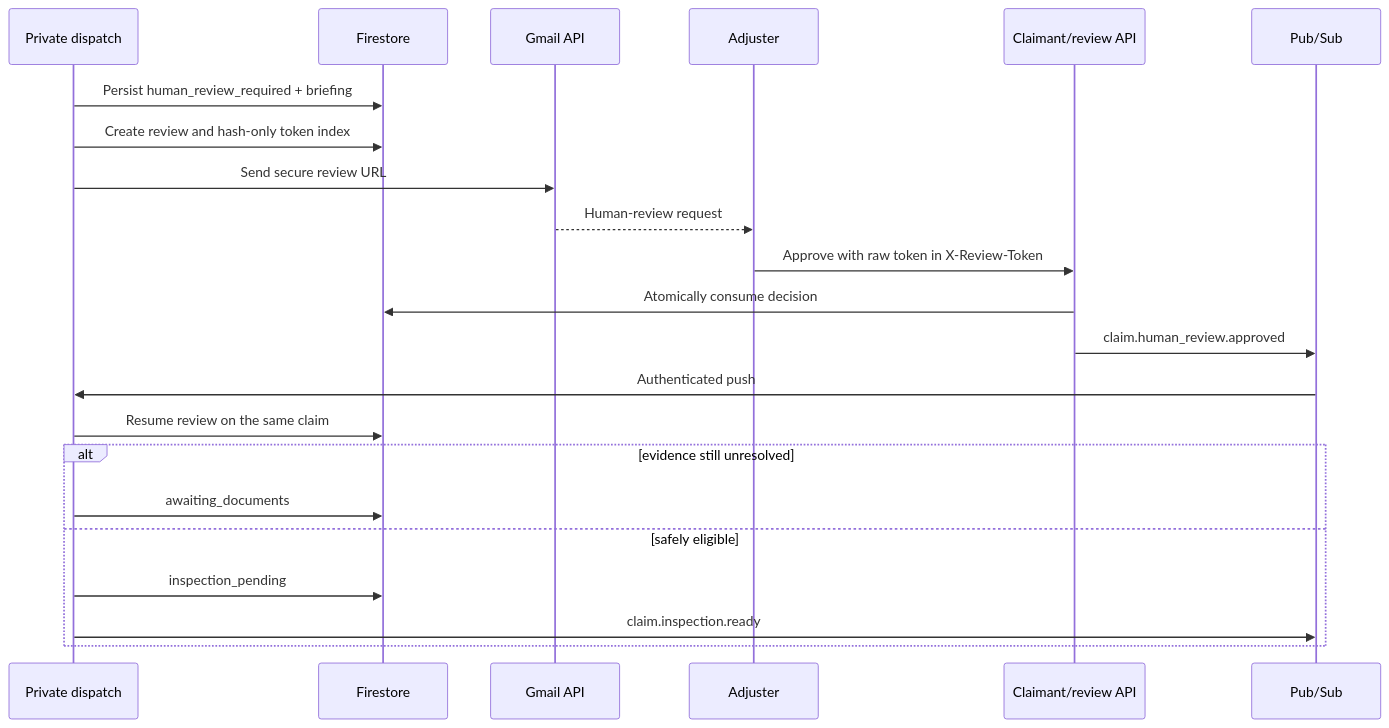
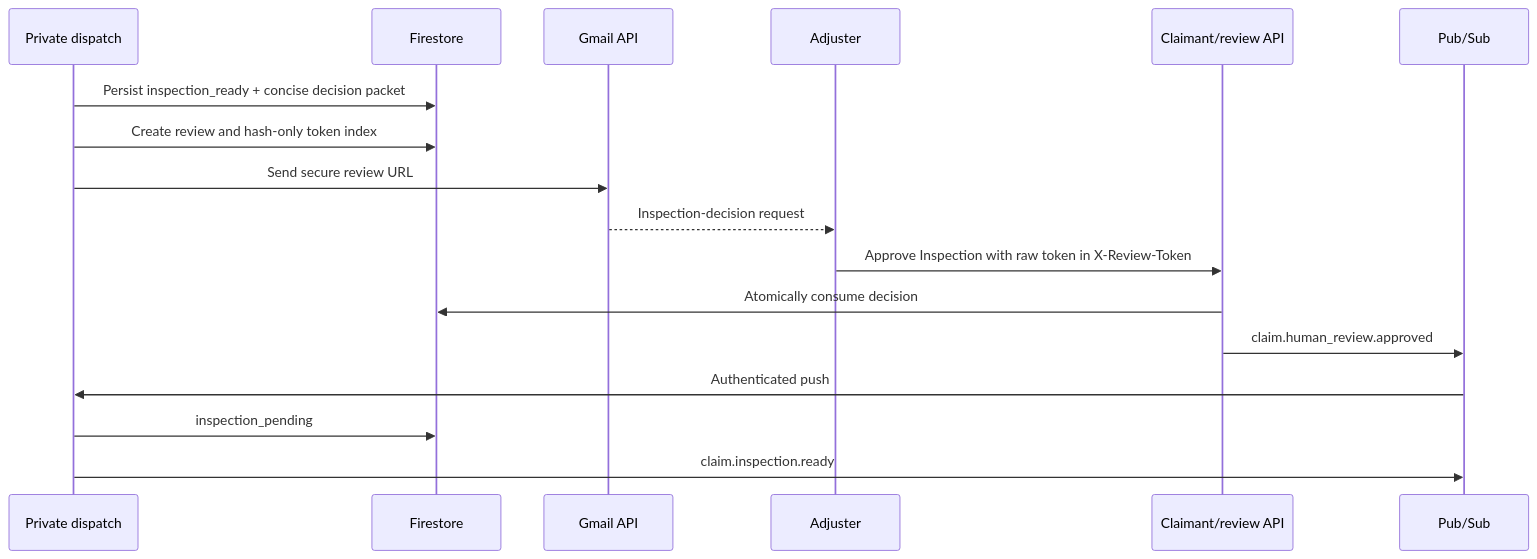
One commit to ramprasath-v/first-notice-dispatch changed the fifth of 6 diagrams in docs/ARCHITECTURE.md. Above: the diagram before and after it, drawn with Mermaid. The commit also changed other lines of this file and 39 other files, not shown here.

Commit message:
fix: reconcile active evidence across multi-round claim resumes

````diff
--- a/docs/ARCHITECTURE.md
+++ b/docs/ARCHITECTURE.md
@@ -228,25 +229,20 @@
 ```mermaid
 sequenceDiagram
     participant D as Private dispatch
     participant FS as Firestore
     participant GM as Gmail API
     participant H as Adjuster
     participant API as Claimant/review API
     participant PS as Pub/Sub
 
-    D->>FS: Persist human_review_required + briefing
+    D->>FS: Persist inspection_ready + concise decision packet
     D->>FS: Create review and hash-only token index
     D->>GM: Send secure review URL
-    GM-->>H: Human-review request
-    H->>API: Approve with raw token in X-Review-Token
+    GM-->>H: Inspection-decision request
+    H->>API: Approve Inspection with raw token in X-Review-Token
     API->>FS: Atomically consume decision
     API->>PS: claim.human_review.approved
     PS->>D: Authenticated push
-    D->>FS: Resume review on the same claim
-    alt evidence still unresolved
-        D->>FS: awaiting_documents
-    else safely eligible
-        D->>FS: inspection_pending
-        D->>PS: claim.inspection.ready
-    end
+    D->>FS: inspection_pending
+    D->>PS: claim.inspection.ready
 ```
````
